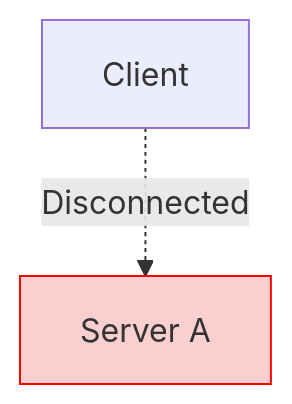
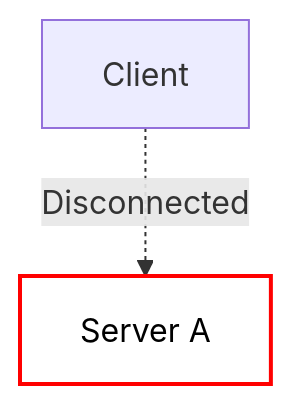
Before and after one commit to MohdMusaiyab/system-design: diagram 30 of 51 in Real_Time_Backend/04_WebSockets_Fundamentals.md, drawn with Mermaid. The commit also changed other lines of this file and 2 other files, not shown here.

Commit message:
graph Fixes RTB

````diff
--- a/Real_Time_Backend/04_WebSockets_Fundamentals.md
+++ b/Real_Time_Backend/04_WebSockets_Fundamentals.md
@@ -709,5 +709,5 @@
 ```mermaid
 flowchart TD
     C["Client"] -.->|Disconnected| S["Server A"]
-    style S fill:#f9cfcf,stroke:#ff0000
+    style S fill:#ffffff,stroke:#ff0000,color:#000000,stroke-width:2px
 ```
````
